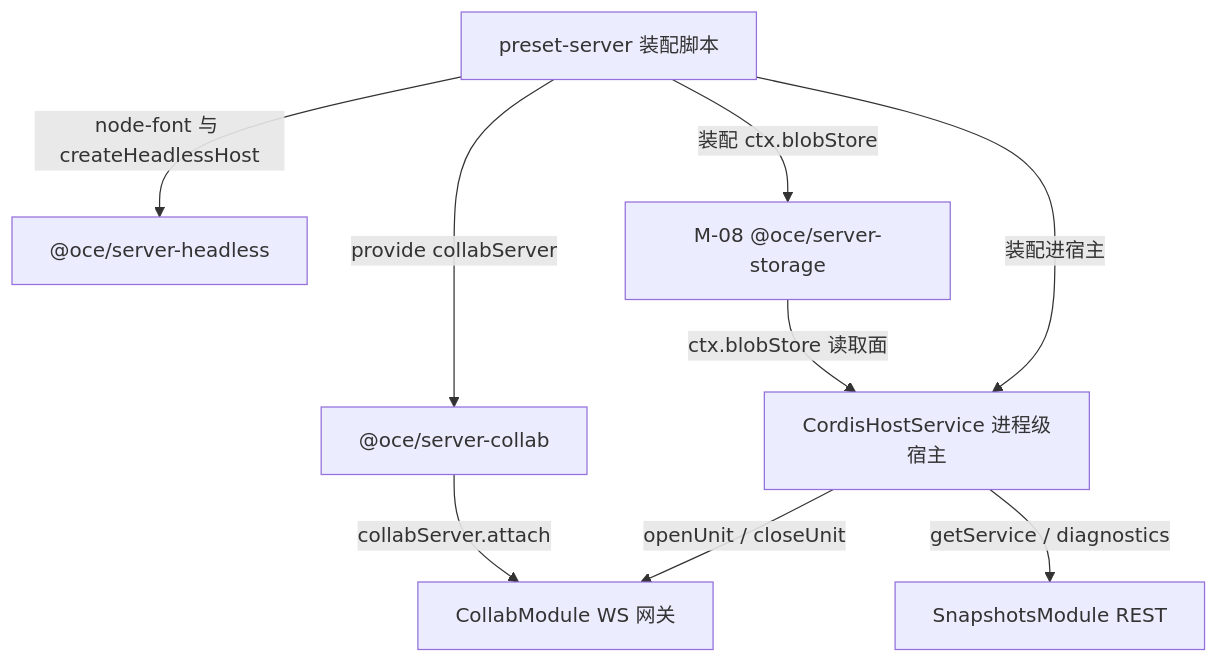
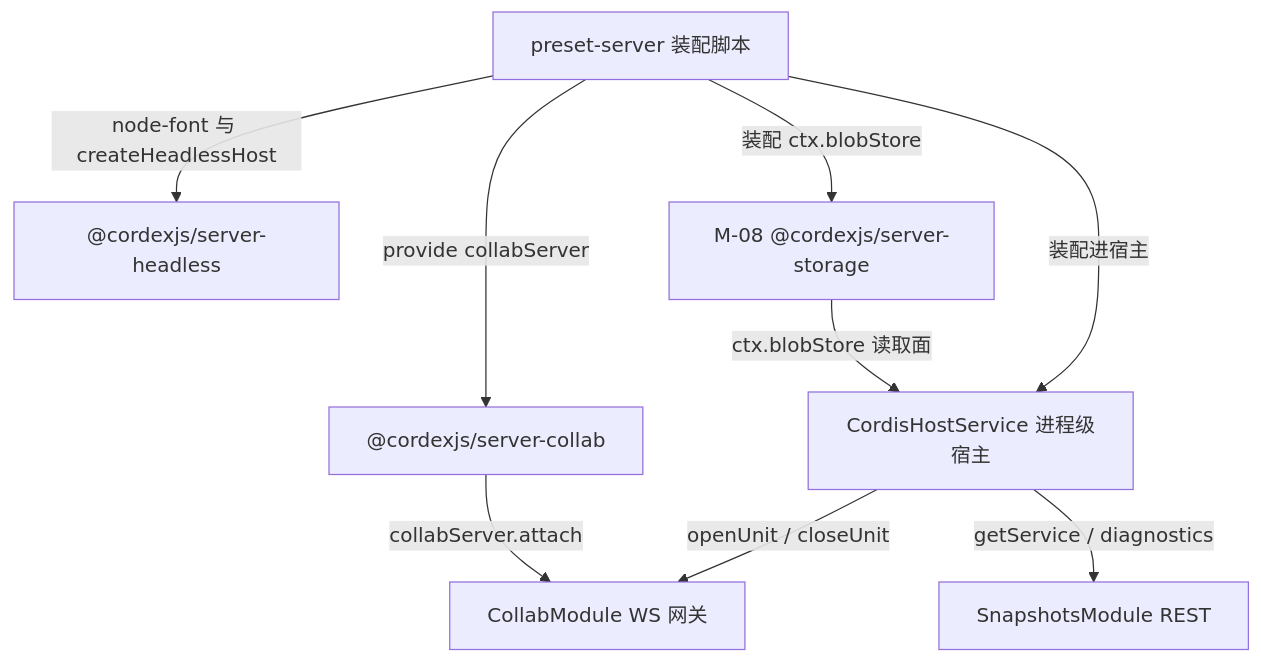
Before and after one commit to Xeonice/cordis-ppt-editor: the third of 5 diagrams in docs/40-modules/09-server-collab-gateway-and-headless-host.md, drawn with Mermaid. The commit also changed other lines of this file and 23 other files, not shown here.

````diff
--- a/docs/40-modules/09-server-collab-gateway-and-headless-host.md
+++ b/docs/40-modules/09-server-collab-gateway-and-headless-host.md
@@ -270,18 +277,18 @@
 ```mermaid
 flowchart TB
 presetServer["preset-server 装配脚本"]
 hostSvc["CordisHostService 进程级宿主"]
-collabPkg["@oce/server-collab"]
-headlessPkg["@oce/server-headless"]
-storagePkg["M-08 @oce/server-storage"]
+collabPkg["@cordexjs/server-collab"]
+headlessPkg["@cordexjs/server-headless"]
+storagePkg["M-08 @cordexjs/server-storage"]
 collabModule["CollabModule WS 网关"]
 snapshotsModule["SnapshotsModule REST"]
 presetServer -- "装配进宿主" --> hostSvc
 presetServer -- "provide collabServer" --> collabPkg
 presetServer -- "node-font 与 createHeadlessHost" --> headlessPkg
 presetServer -- "装配 ctx.blobStore" --> storagePkg
 hostSvc -- "openUnit / closeUnit" --> collabModule
 hostSvc -- "getService / diagnostics" --> snapshotsModule
 collabPkg -- "collabServer.attach" --> collabModule
 storagePkg -- "ctx.blobStore 读取面" --> hostSvc
 ```
````
